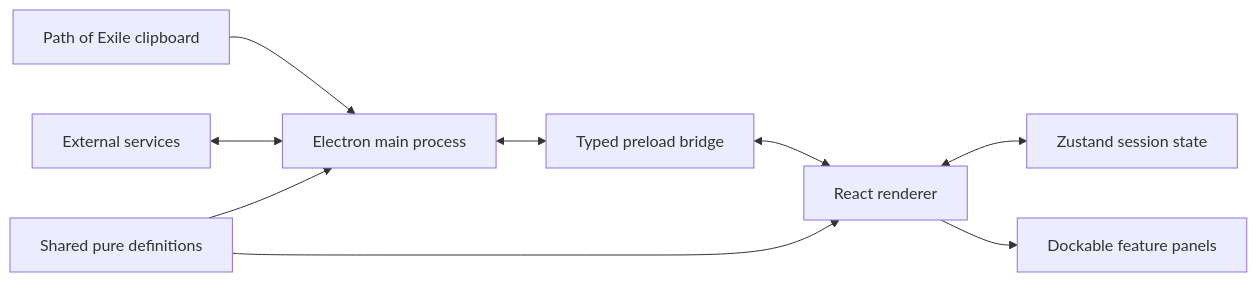
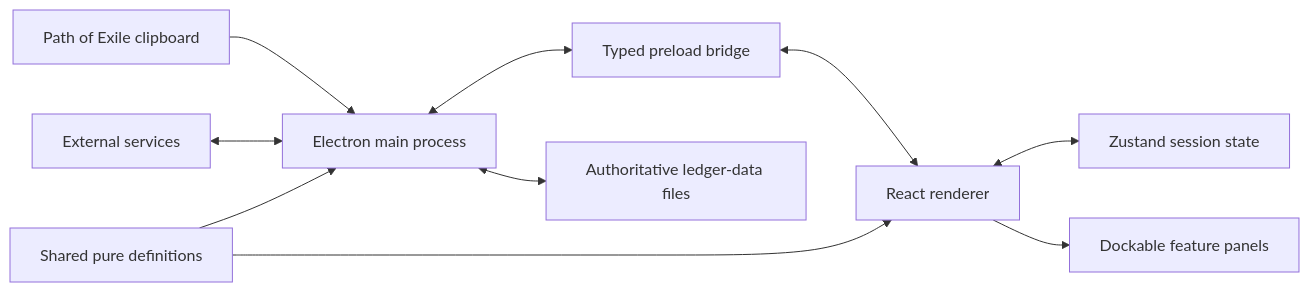
One commit to gund0lf/wraeclastledger_react changed the diagram in ARCHITECTURE.md. Above: the diagram before and after it, drawn with Mermaid. The commit also changed other lines of this file and 1 other file, not shown here.

````diff
--- a/ARCHITECTURE.md
+++ b/ARCHITECTURE.md
@@ -23,11 +23,12 @@
 ```mermaid
 flowchart LR
     POE["Path of Exile clipboard"] --> MAIN["Electron main process"]
     SERVICES["External services"] <--> MAIN
     MAIN <--> PRELOAD["Typed preload bridge"]
     PRELOAD <--> UI["React renderer"]
     UI <--> STATE["Zustand session state"]
+    MAIN <--> FILES["Authoritative ledger-data files"]
     UI --> PANELS["Dockable feature panels"]
     SHARED["Shared pure definitions"] --> MAIN
     SHARED --> UI
 ```
````
